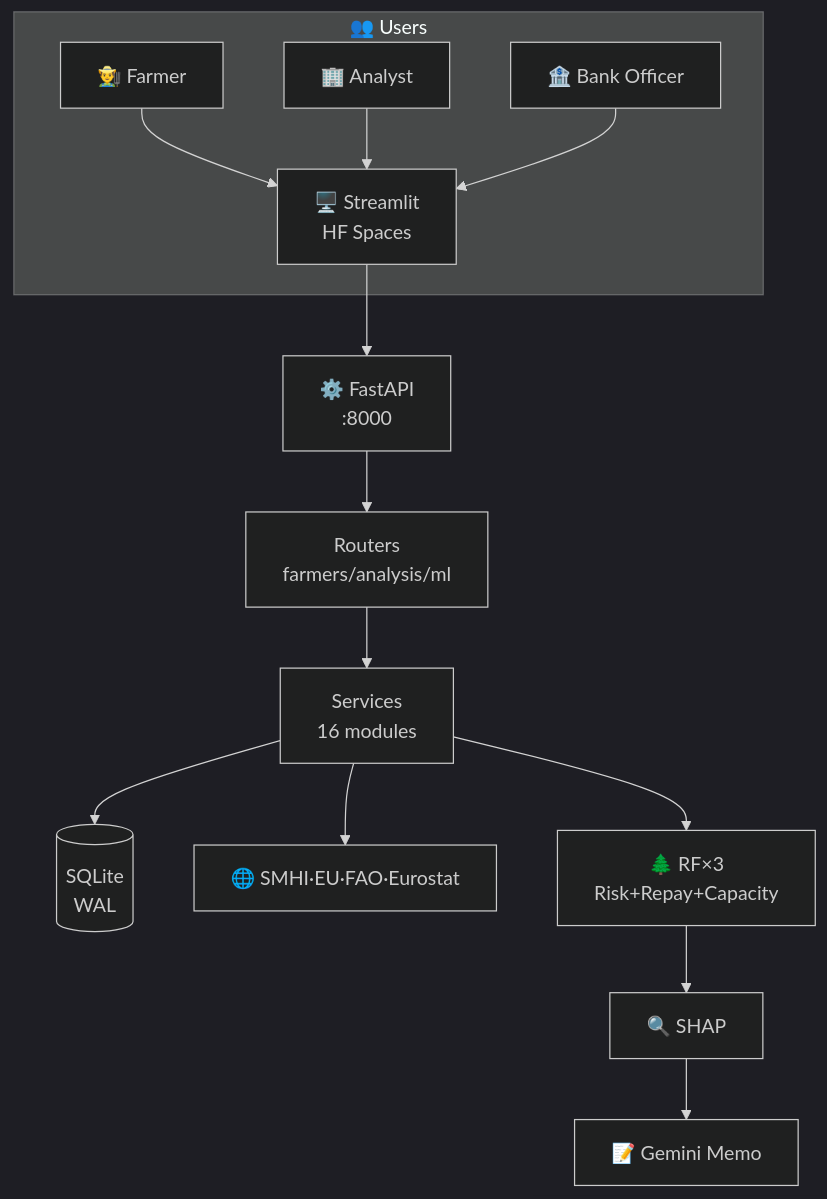
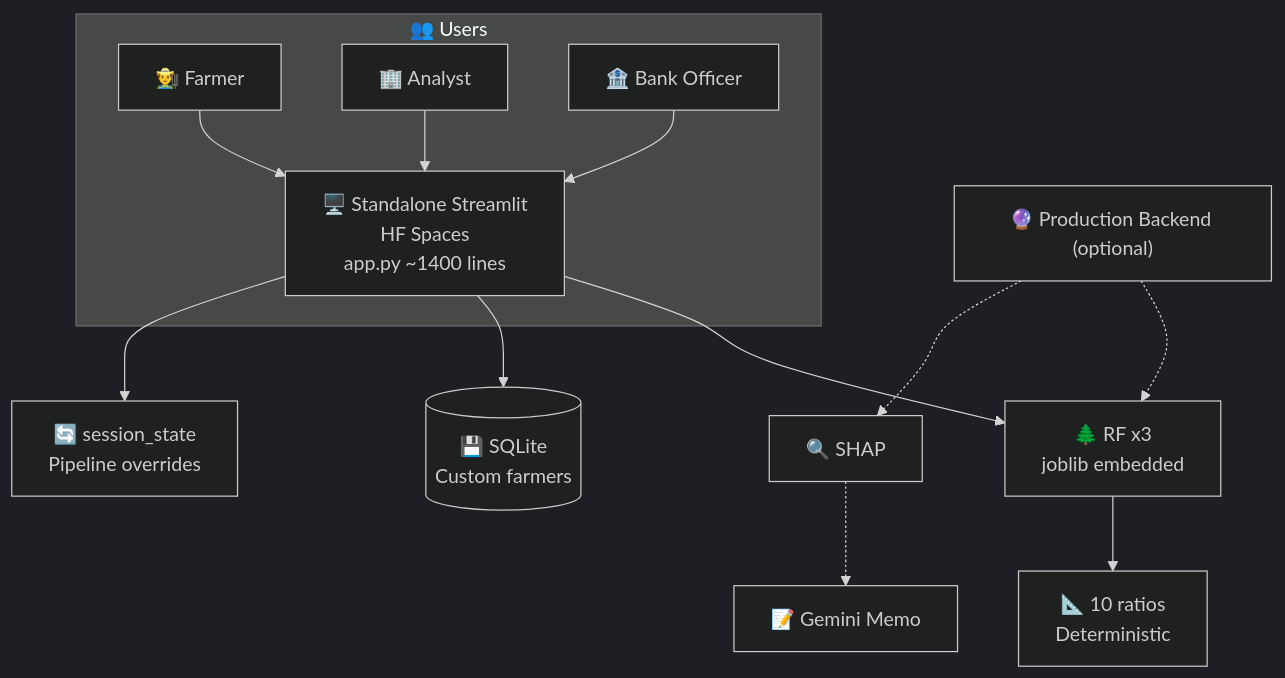
The diagram in docs/technical-writeup.md (Uday-Kiran-01/AgriSense), drawn with Mermaid (dark theme) before and after one commit. The commit also changed other lines of this file and 1 other file, not shown here.

Commit message:
Update architecture.md and technical-writeup.md for standalone Streamlit demo + SHAP status

````diff
--- a/docs/technical-writeup.md
+++ b/docs/technical-writeup.md
@@ -245,16 +247,16 @@
 ```mermaid
 graph TB
     subgraph Users["👥 Users"]
         Farmer["👨‍🌾 Farmer"] --> UI
         Analyst["🏢 Analyst"] --> UI
         Bank["🏦 Bank Officer"] --> UI
     end
-    UI["🖥️ Streamlit<br/>HF Spaces"] --> API["⚙️ FastAPI<br/>:8000"]
-    API --> R["Routers<br/>farmers/analysis/ml"]
-    R --> S["Services<br/>16 modules"]
-    S --> DB[("SQLite<br/>WAL")]
-    S --> EXT["🌐 SMHI·EU·FAO·Eurostat"]
-    S --> ML["🌲 RF×3<br/>Risk+Repay+Capacity"]
-    ML --> SHAP["🔍 SHAP"]
-    SHAP --> Gemini["📝 Gemini Memo"]
+    UI["🖥️ Standalone Streamlit<br/>HF Spaces<br/>app.py ~1400 lines"] --> ML["🌲 RF x3<br/>joblib embedded"]
+    ML --> Ratios["📐 10 ratios<br/>Deterministic"]
+    UI --> SQLite[("💾 SQLite<br/>Custom farmers")]
+    UI --> State["🔄 session_state<br/>Pipeline overrides"]
+    
+    Backend["🔮 Production Backend (optional)"] -.-> ML
+    Backend -.-> SHAP["🔍 SHAP"]
+    SHAP -.-> Gemini["📝 Gemini Memo"]
 ```
````
